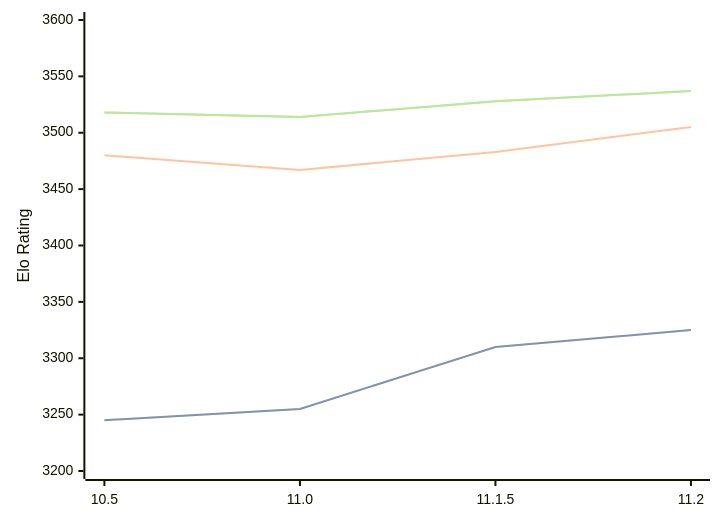
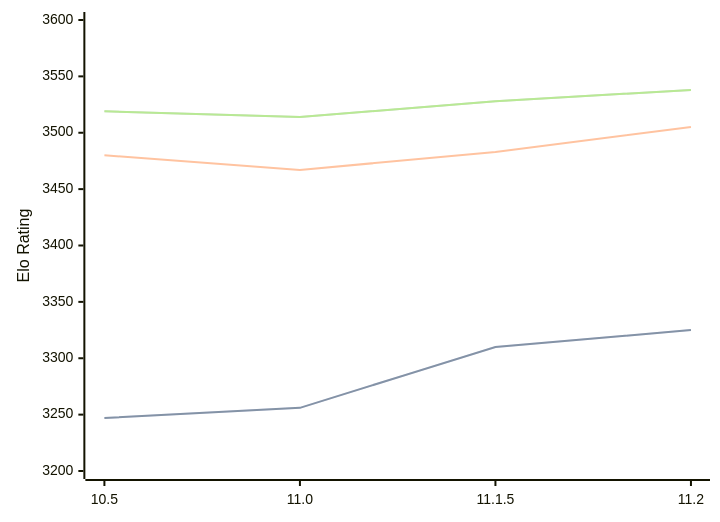
One commit to computer-chess-index/cci changed the diagram in engines/Lizard.md. Above: the diagram before and after it, drawn with Mermaid. The commit also changed other lines of this file, not shown here.

Commit message:
Update CCI Ratings (ELO VLTC) - 2026-03-27

````diff
--- a/engines/Lizard.md
+++ b/engines/Lizard.md
@@ -46,11 +46,11 @@
 ```mermaid
 %%{init: {"theme":"base","themeVariables":{"seriesColors:['#a3a3a3','#222221','#faa371']}}}%%
 xychart-beta
   x-axis ["10.5", "11.0", "11.1.5", "11.2"]
   y-axis "Elo Rating" 3200 --> 3600
-  line "STC (8.0+0.08s)" [3245, 3255, 3310, 3325]
-  line "STC (8.0+0.08s)" [3245, 3255, 3310, 3325]
+  line "STC (8.0+0.08s)" [3247, 3256, 3310, 3325]
+  line "STC (8.0+0.08s)" [3247, 3256, 3310, 3325]
   line "LTC (60.0+0.60s)" [3480, 3467, 3483, 3505]
-  line "VLTC (2m24s+1.12s)" [3518, 3514, 3528, 3537]
-  line "VLTC (2m24s+1.12s)" [3518, 3514, 3528, 3537]
+  line "VLTC (2m24s+1.12s)" [3519, 3514, 3528, 3538]
+  line "VLTC (2m24s+1.12s)" [3519, 3514, 3528, 3538]
 ```
````
